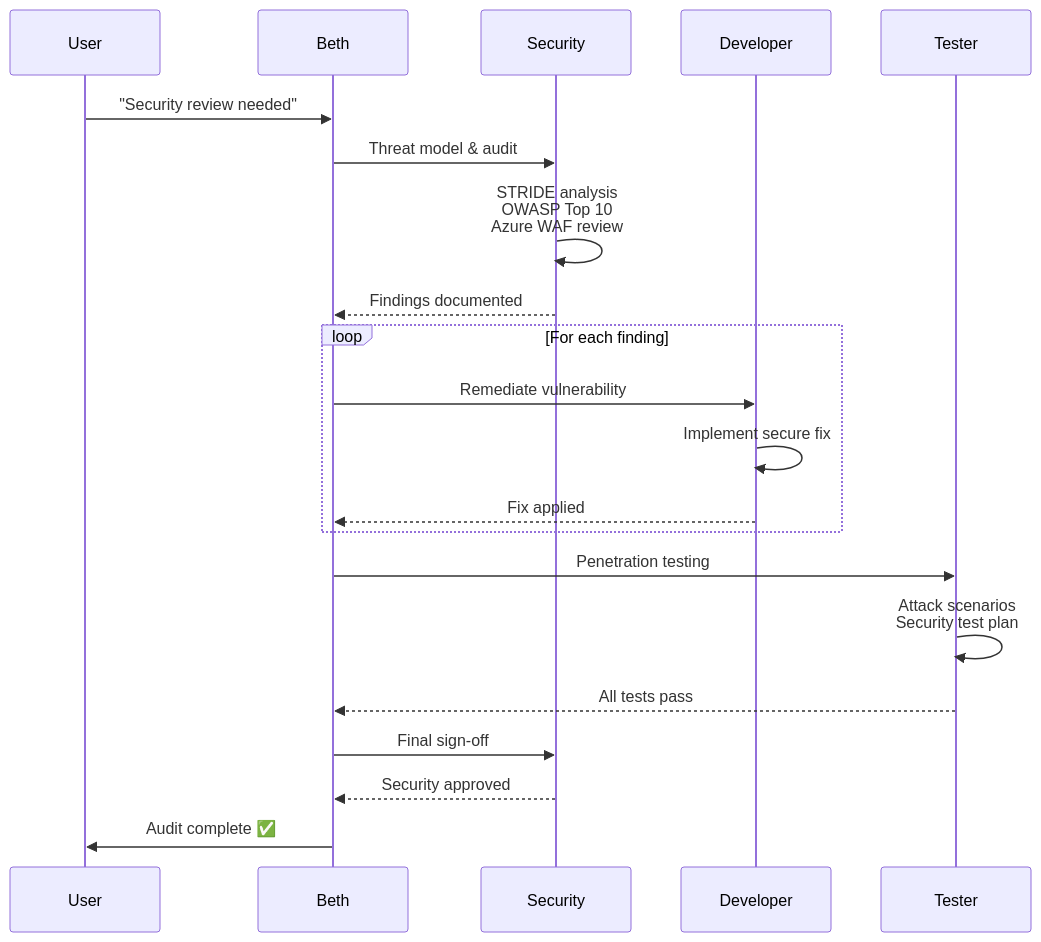
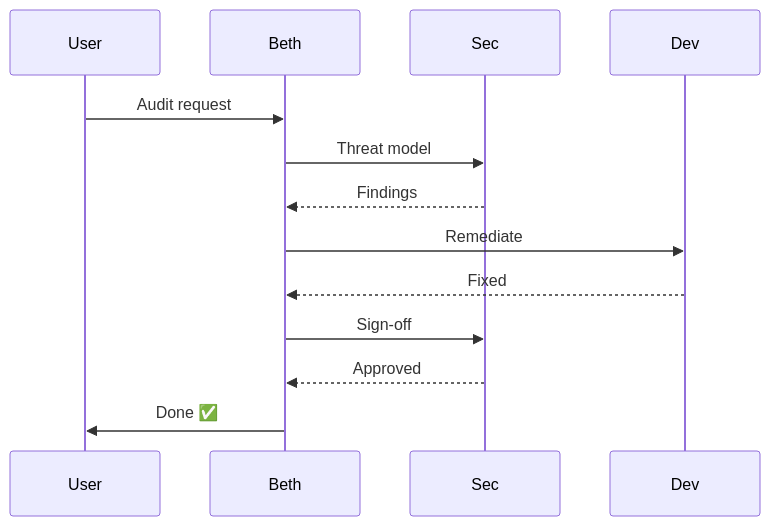
One commit to shyamsridhar123/ATV-AgentSkillsDemo changed the fifth of 9 diagrams in docs/SYSTEM-FLOW.md. Above: the diagram before and after it, drawn with Mermaid. The commit also changed other lines of this file and 2 other files, not shown here.

Commit message:
beth-7bo: Simplify all architecture mermaid diagrams in README.md and SYSTEM-FLOW.md

````diff
--- a/docs/SYSTEM-FLOW.md
+++ b/docs/SYSTEM-FLOW.md
@@ -193,29 +83,16 @@
 ```mermaid
 sequenceDiagram
     participant U as User
     participant B as Beth
-    participant S as Security
-    participant D as Developer
-    participant T as Tester
+    participant S as Sec
+    participant D as Dev
 
-    U->>B: "Security review needed"
-    
-    B->>S: Threat model & audit
-    S->>S: STRIDE analysis<br/>OWASP Top 10<br/>Azure WAF review
-    S-->>B: Findings documented
-    
-    loop For each finding
-        B->>D: Remediate vulnerability
-        D->>D: Implement secure fix
-        D-->>B: Fix applied
-    end
-    
-    B->>T: Penetration testing
-    T->>T: Attack scenarios<br/>Security test plan
-    T-->>B: All tests pass
-    
-    B->>S: Final sign-off
-    S-->>B: Security approved
-    
-    B->>U: Audit complete ✅
+    U->>B: Audit request
+    B->>S: Threat model
+    S-->>B: Findings
+    B->>D: Remediate
+    D-->>B: Fixed
+    B->>S: Sign-off
+    S-->>B: Approved
+    B->>U: Done ✅
 ```
````
